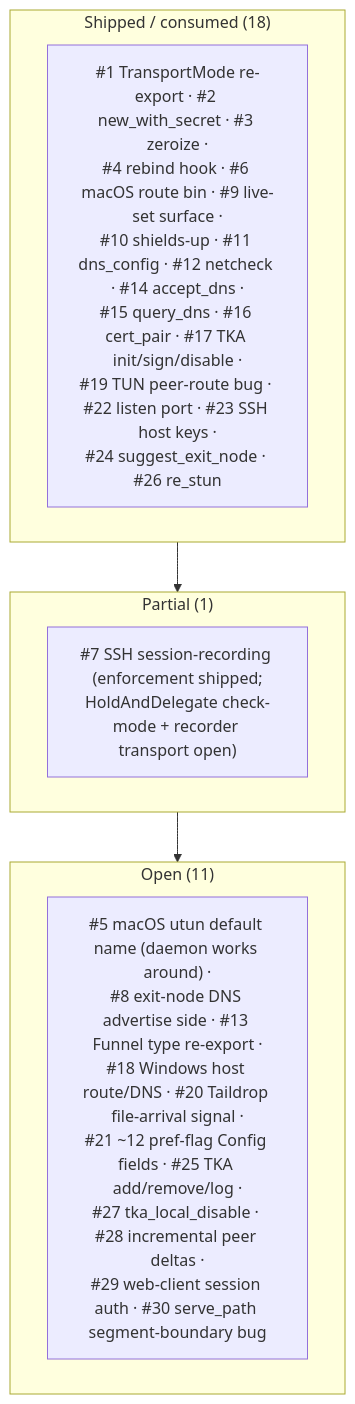
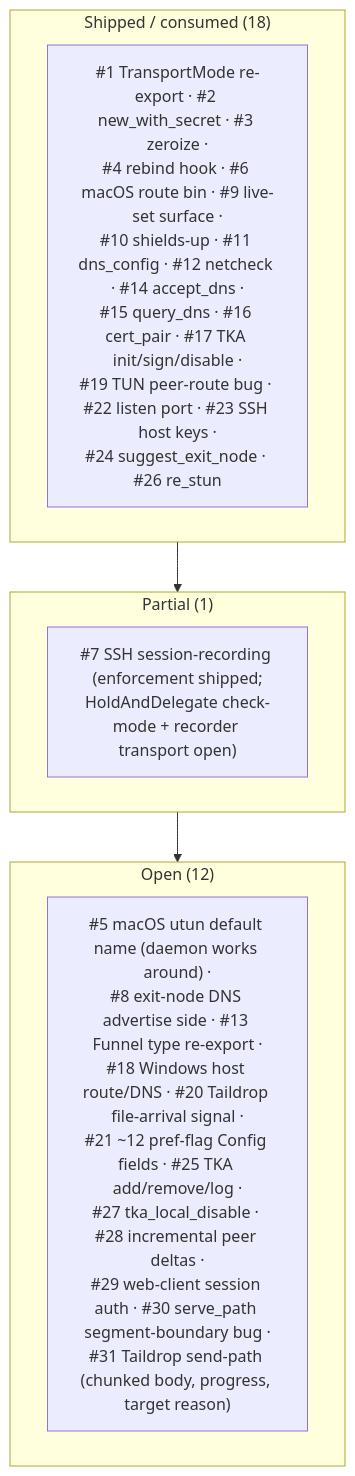
The third of 3 diagrams in docs/PARITY_GAP_ANALYSIS.md (GeiserX/tailscaled-rs), drawn with Mermaid before and after one commit. The commit also changed other lines of this file and 2 other files, not shown here.

````diff
--- a/docs/PARITY_GAP_ANALYSIS.md
+++ b/docs/PARITY_GAP_ANALYSIS.md
@@ -193,13 +193,13 @@
 ```mermaid
 flowchart TB
     subgraph SHIPPED["Shipped / consumed (18)"]
         S["#1 TransportMode re-export · #2 new_with_secret · #3 zeroize ·<br/>#4 rebind hook · #6 macOS route bin · #9 live-set surface ·<br/>#10 shields-up · #11 dns_config · #12 netcheck · #14 accept_dns ·<br/>#15 query_dns · #16 cert_pair · #17 TKA init/sign/disable ·<br/>#19 TUN peer-route bug · #22 listen port · #23 SSH host keys ·<br/>#24 suggest_exit_node · #26 re_stun"]
     end
     subgraph PARTIAL["Partial (1)"]
         P["#7 SSH session-recording (enforcement shipped;<br/>HoldAndDelegate check-mode + recorder transport open)"]
     end
-    subgraph OPEN["Open (11)"]
-        O["#5 macOS utun default name (daemon works around) ·<br/>#8 exit-node DNS advertise side · #13 Funnel type re-export ·<br/>#18 Windows host route/DNS · #20 Taildrop file-arrival signal ·<br/>#21 ~12 pref-flag Config fields · #25 TKA add/remove/log ·<br/>#27 tka_local_disable · #28 incremental peer deltas ·<br/>#29 web-client session auth · #30 serve_path segment-boundary bug"]
+    subgraph OPEN["Open (12)"]
+        O["#5 macOS utun default name (daemon works around) ·<br/>#8 exit-node DNS advertise side · #13 Funnel type re-export ·<br/>#18 Windows host route/DNS · #20 Taildrop file-arrival signal ·<br/>#21 ~12 pref-flag Config fields · #25 TKA add/remove/log ·<br/>#27 tka_local_disable · #28 incremental peer deltas ·<br/>#29 web-client session auth · #30 serve_path segment-boundary bug ·<br/>#31 Taildrop send-path (chunked body, progress, target reason)"]
     end
     SHIPPED --> PARTIAL --> OPEN
 ```
````
